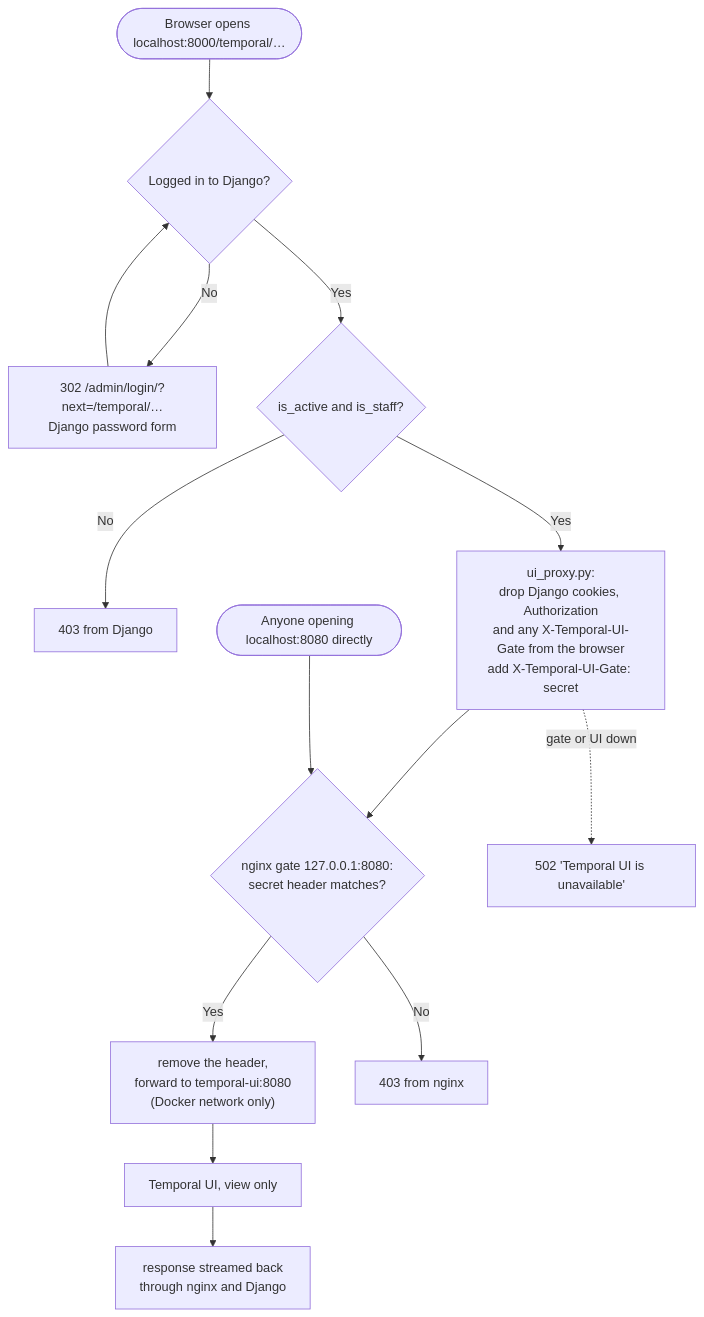
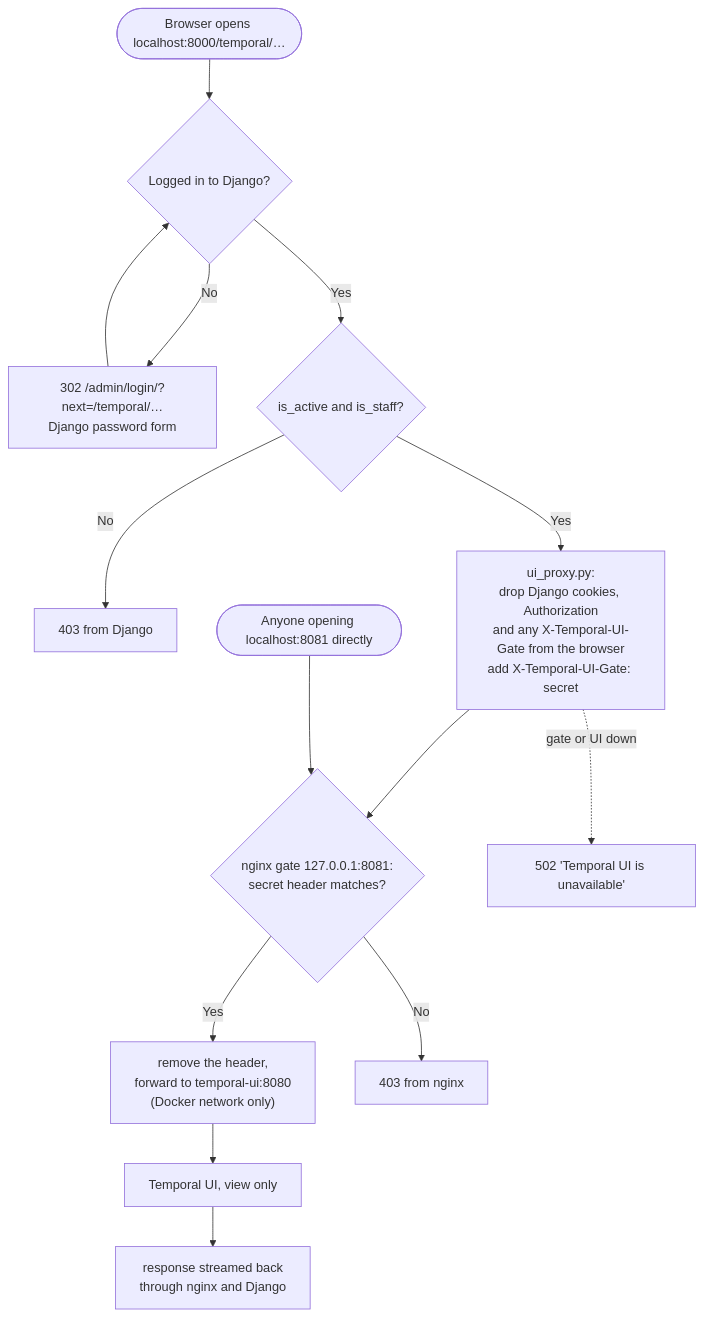
The second of 3 diagrams in TEMPORAL_FLOW.md (lokeshchauhan2801/Python-Training), drawn with Mermaid before and after one commit. The commit also changed other lines of this file and 2 other files, not shown here.

````diff
--- a/TEMPORAL_FLOW.md
+++ b/TEMPORAL_FLOW.md
@@ -139,17 +155,17 @@
 ```mermaid
 flowchart TD
     S(["Browser opens localhost:8000/temporal/…"]) --> L1{"Logged in to Django?"}
     L1 -->|"No"| L2["302 /admin/login/?next=/temporal/…<br/>Django password form"]
     L2 --> L1
     L1 -->|"Yes"| T1{"is_active and is_staff?"}
     T1 -->|"No"| T403["403 from Django"]
     T1 -->|"Yes"| T2["ui_proxy.py:<br/>drop Django cookies, Authorization<br/>and any X-Temporal-UI-Gate from the browser<br/>add X-Temporal-UI-Gate: secret"]
-    T2 --> G1{"nginx gate 127.0.0.1:8080:<br/>secret header matches?"}
+    T2 --> G1{"nginx gate 127.0.0.1:8081:<br/>secret header matches?"}
     G1 -->|"Yes"| G2["remove the header,<br/>forward to temporal-ui:8080<br/>(Docker network only)"]
     G2 --> TUI["Temporal UI, view only"]
     TUI --> R["response streamed back<br/>through nginx and Django"]
 
-    X(["Anyone opening localhost:8080 directly"]) --> G1
+    X(["Anyone opening localhost:8081 directly"]) --> G1
     G1 -->|"No"| G403["403 from nginx"]
     T2 -.->|"gate or UI down"| E502["502 'Temporal UI is unavailable'"]
 ```
````
